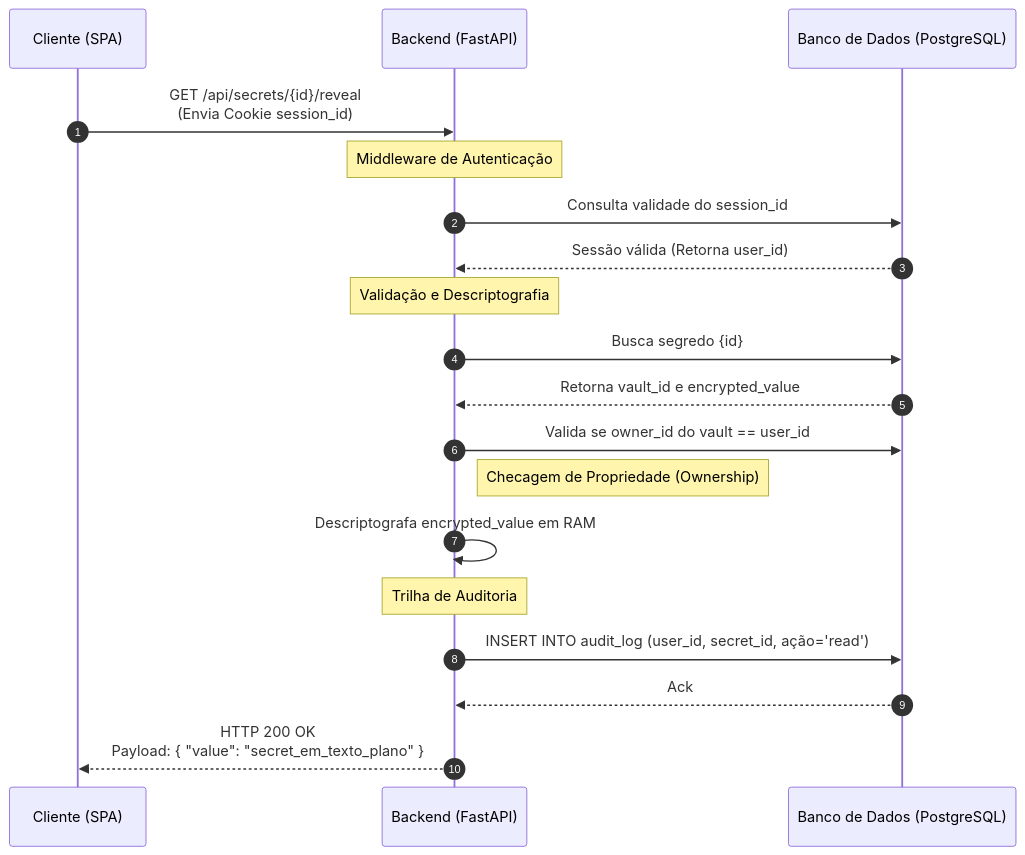
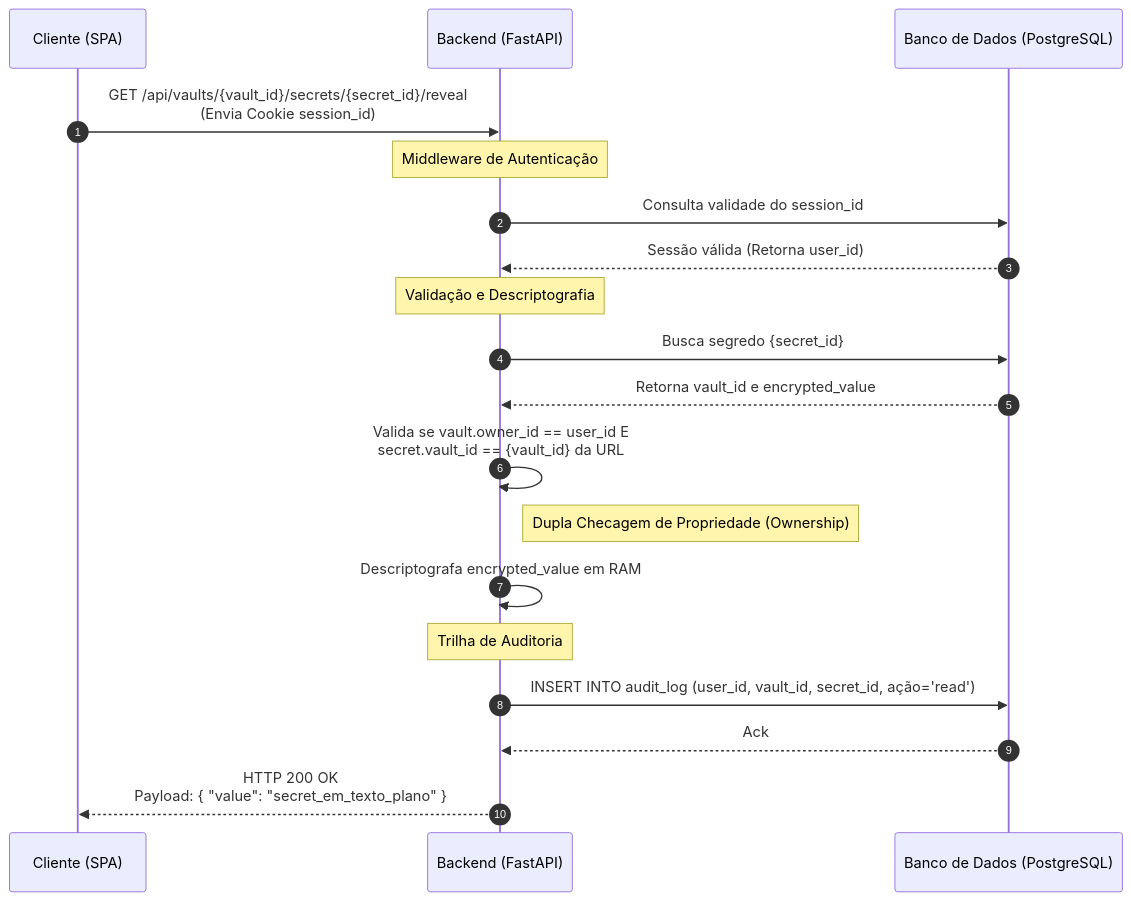
The second of 3 diagrams in docs/arquitetura.md (conviso-academy/web-keyring), drawn with Mermaid before and after one commit. The commit also changed other lines of this file, not shown here.

Commit message:
feat(docs): update architecture documentation to reflect API route changes and database model enhancements for soft delete

````diff
--- a/docs/arquitetura.md
+++ b/docs/arquitetura.md
@@ -102,26 +103,26 @@
 ```mermaid
 sequenceDiagram
     autonumber
     participant Browser as Cliente (SPA)
     participant API as Backend (FastAPI)
     participant DB as Banco de Dados (PostgreSQL)
 
-    Browser->>API: GET /api/secrets/{id}/reveal<br>(Envia Cookie session_id)
+    Browser->>API: GET /api/vaults/{vault_id}/secrets/{secret_id}/reveal<br>(Envia Cookie session_id)
     
     Note over API: Middleware de Autenticação
     API->>DB: Consulta validade do session_id
     DB-->>API: Sessão válida (Retorna user_id)
     
     Note over API: Validação e Descriptografia
-    API->>DB: Busca segredo {id}
+    API->>DB: Busca segredo {secret_id}
     DB-->>API: Retorna vault_id e encrypted_value
-    API->>DB: Valida se owner_id do vault == user_id
-    Note right of API: Checagem de Propriedade (Ownership)
+    API->>API: Valida se vault.owner_id == user_id E<br>secret.vault_id == {vault_id} da URL
+    Note right of API: Dupla Checagem de Propriedade (Ownership)
     API->>API: Descriptografa encrypted_value em RAM
     
     Note over API: Trilha de Auditoria
-    API->>DB: INSERT INTO audit_log (user_id, secret_id, ação='read')
+    API->>DB: INSERT INTO audit_log (user_id, vault_id, secret_id, ação='read')
     DB-->>API: Ack
     
     API-->>Browser: HTTP 200 OK<br>Payload: { "value": "secret_em_texto_plano" }
 ```
````
